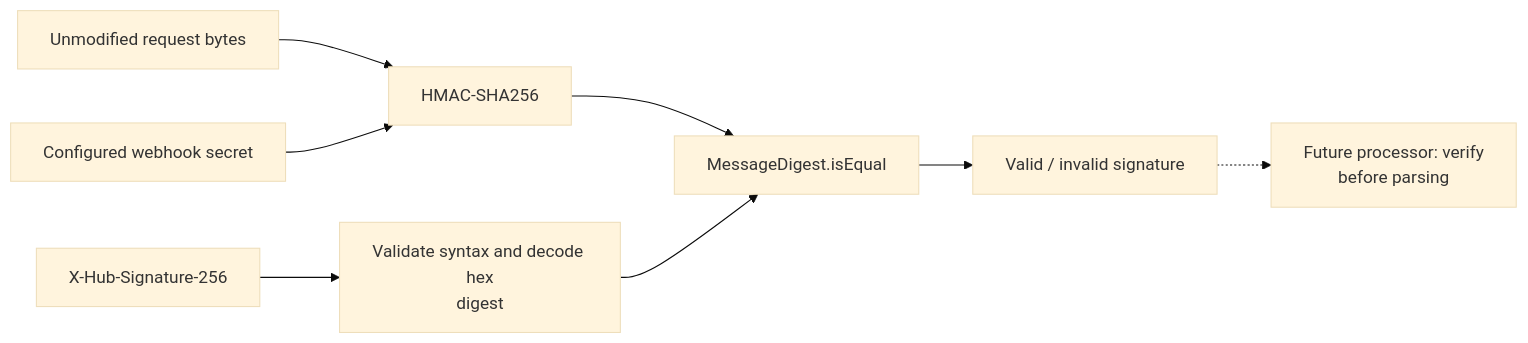
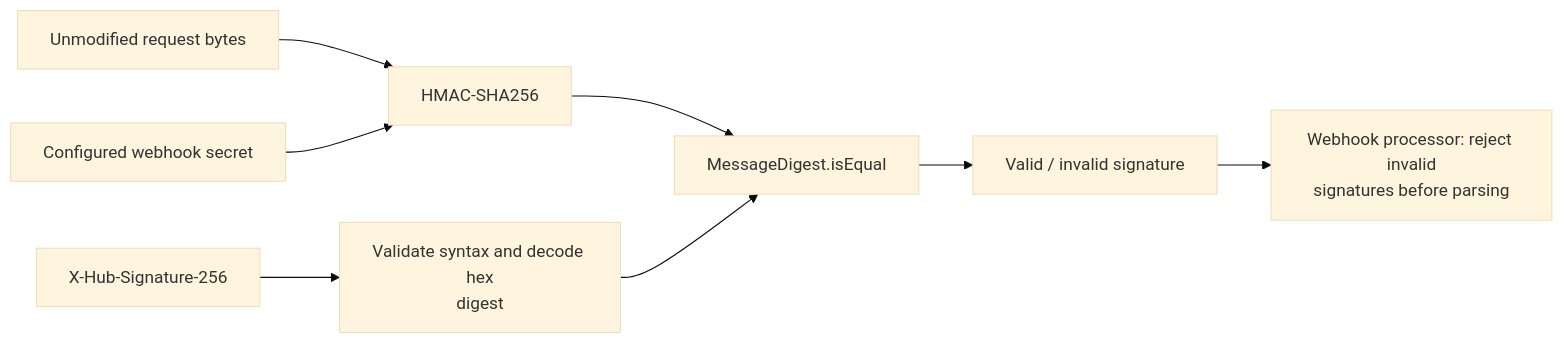
Before and after one commit to ChangeGuardHQ/changuard-platform: the tenth of 12 diagrams in backend/README.md, drawn with Mermaid (base theme). The commit also changed other lines of this file and 29 other files, not shown here.

````diff
--- a/backend/README.md
+++ b/backend/README.md
@@ -444,10 +644,10 @@
 ```mermaid
 flowchart LR
     Body["Unmodified request bytes"] --> HMAC["HMAC-SHA256"]
     Secret["Configured webhook secret"] --> HMAC
     Header["X-Hub-Signature-256"] --> Decode["Validate syntax and decode hex<br/>digest"]
     HMAC --> Compare["MessageDigest.isEqual"]
     Decode --> Compare
     Compare --> Result["Valid / invalid signature"]
-    Result -.-> Processor["Future processor: verify<br/>before parsing"]
+    Result --> Processor["Webhook processor: reject invalid<br/>signatures before parsing"]
 ```
````
